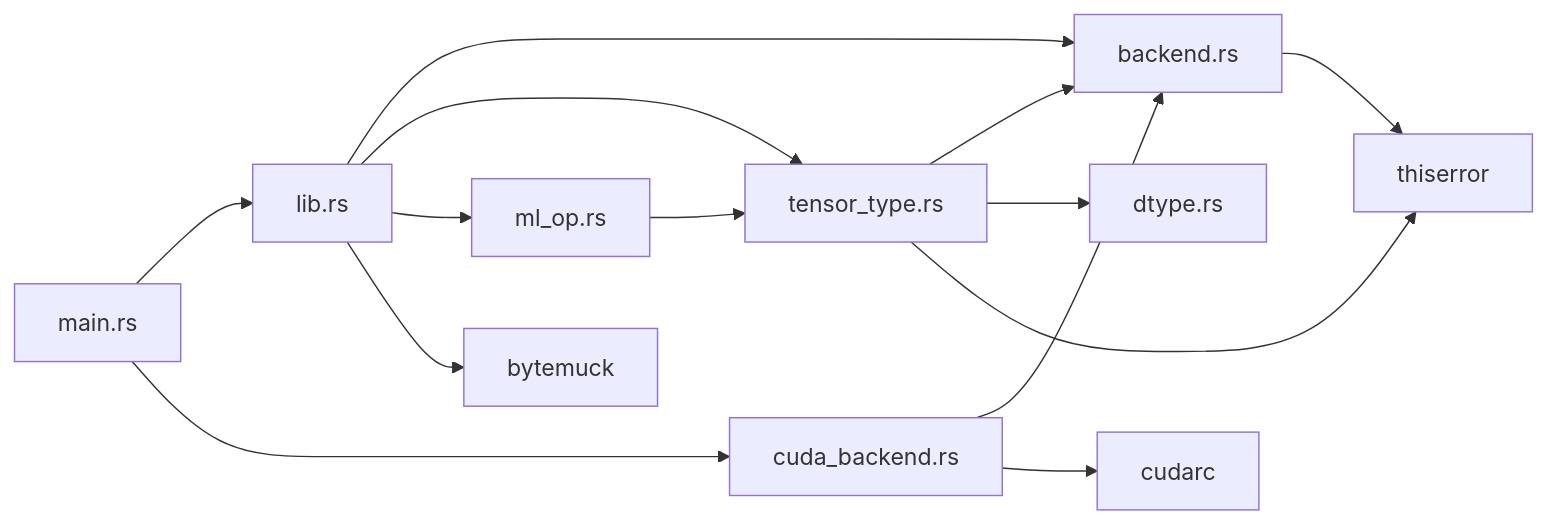
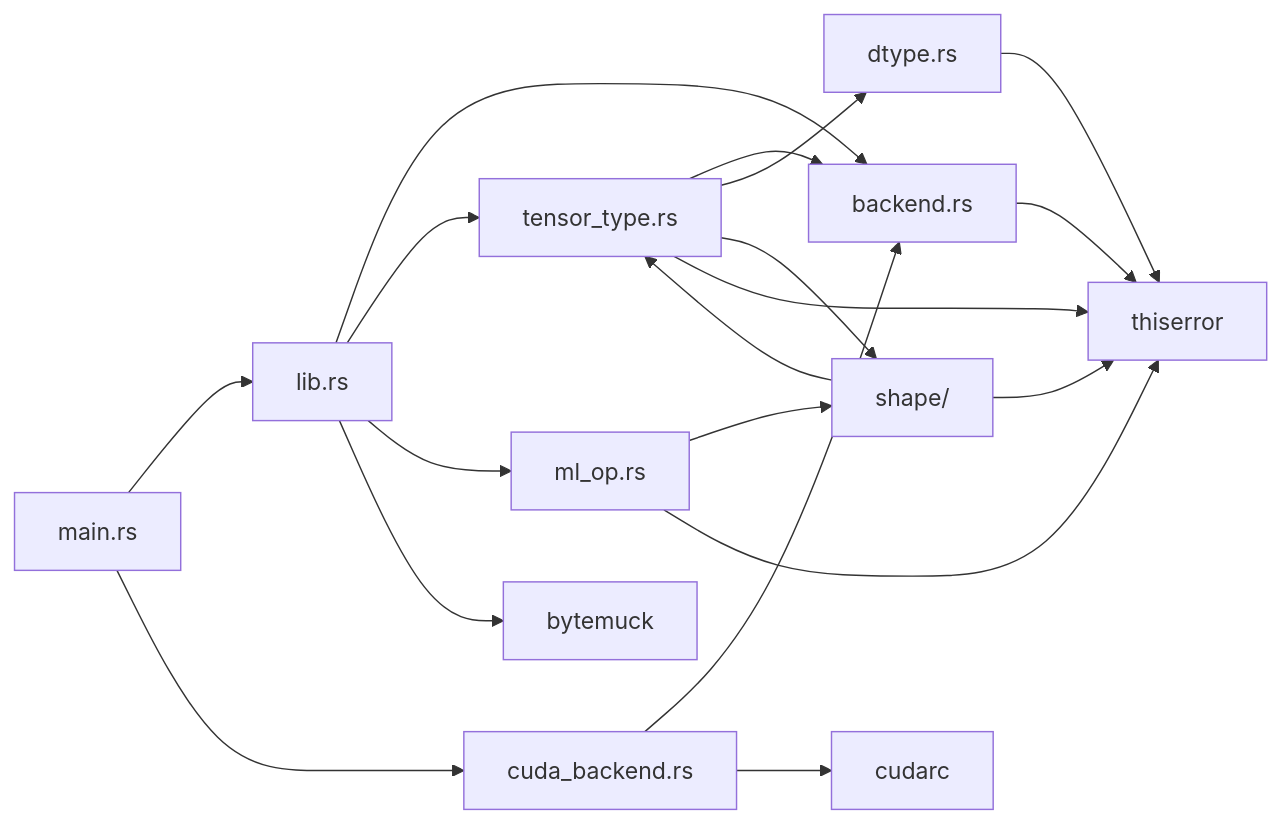
The second of 4 diagrams in docs/architecture.md (vansweej/graphynx), drawn with Mermaid before and after one commit. The commit also changed other lines of this file and 8 other files, not shown here.

````diff
--- a/docs/architecture.md
+++ b/docs/architecture.md
@@ -61,16 +65,21 @@
 ```mermaid
 graph LR
     main["main.rs"] --> lib["lib.rs"]
     main --> cuda_backend["cuda_backend.rs"]
     lib --> backend["backend.rs"]
     lib --> tensor_type["tensor_type.rs"]
     lib --> ml_op["ml_op.rs"]
     tensor_type --> backend
     tensor_type --> dtype["dtype.rs"]
-    ml_op --> tensor_type
+    tensor_type --> shape["shape/"]
+    ml_op --> shape
+    shape --> tensor_type
     cuda_backend --> backend
     lib --> bytemuck
     cuda_backend --> cudarc
     backend --> thiserror
     tensor_type --> thiserror
+    shape --> thiserror
+    ml_op --> thiserror
+    dtype --> thiserror
 ```
````
